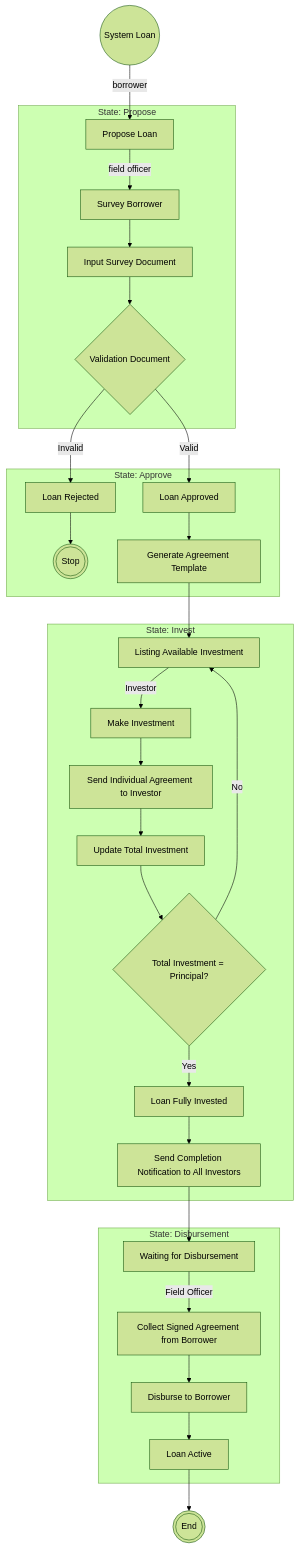
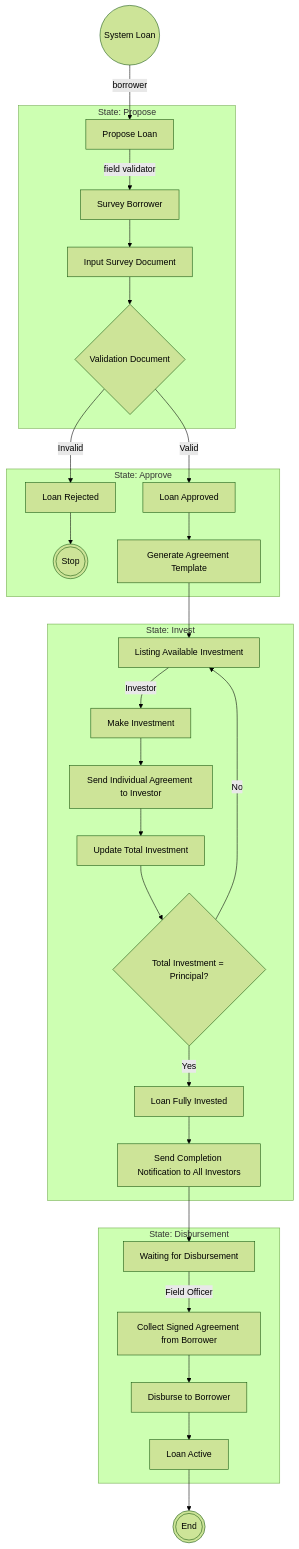
One commit to fajarAnd/loan-engine changed the diagram in doc/summary-requirements.md. Above: the diagram before and after it, drawn with Mermaid (forest theme). The commit also changed 9 other files, not shown here.

````diff
--- a/doc/summary-requirements.md
+++ b/doc/summary-requirements.md
@@ -10,39 +10,39 @@
 ```mermaid
 flowchart TD
 sysLoan((System Loan)) -- borrower --> proposeLoan[Propose Loan]
 
     subgraph State: Propose
-        proposeLoan -- field officer --> sb[Survey Borrower]
+        proposeLoan -- field validator --> sb[Survey Borrower]
         sb --> inputDoc[Input Survey Document]
         inputDoc --> valDoc{Validation Document}
     end
 
     subgraph State: Approve
         valDoc -->|Invalid| loanReject[Loan Rejected]
         loanReject --> st(((Stop)))
         valDoc -->|Valid| approveLoan[Loan Approved]
         approveLoan --> generateTemplate[Generate Agreement Template]
     end
 
     subgraph State: Invest
         generateTemplate --> listingLoan[Listing Available Investment]
         listingLoan -- Investor --> makeInvestment[Make Investment]
         makeInvestment --> sendIndividualAgreement[Send Individual Agreement to Investor]
         sendIndividualAgreement --> updateTotal[Update Total Investment]
         updateTotal --> checkTotal{Total Investment = Principal?}
 
         checkTotal -->|No| listingLoan
         checkTotal -->|Yes| loanFullyInvested[Loan Fully Invested]
         loanFullyInvested --> sendCompletionNotification[Send Completion Notification to All Investors]
     end
 
     subgraph State: Disbursement
         sendCompletionNotification --> waitingDisbursement[Waiting for Disbursement]
         waitingDisbursement -- Field Officer --> collectSignedAgreement[Collect Signed Agreement from Borrower]
         collectSignedAgreement --> disbursement[Disburse to Borrower]
         disbursement --> loanActive[Loan Active]
     end
 
     loanActive --> e(((End)))
 
 ```
````
